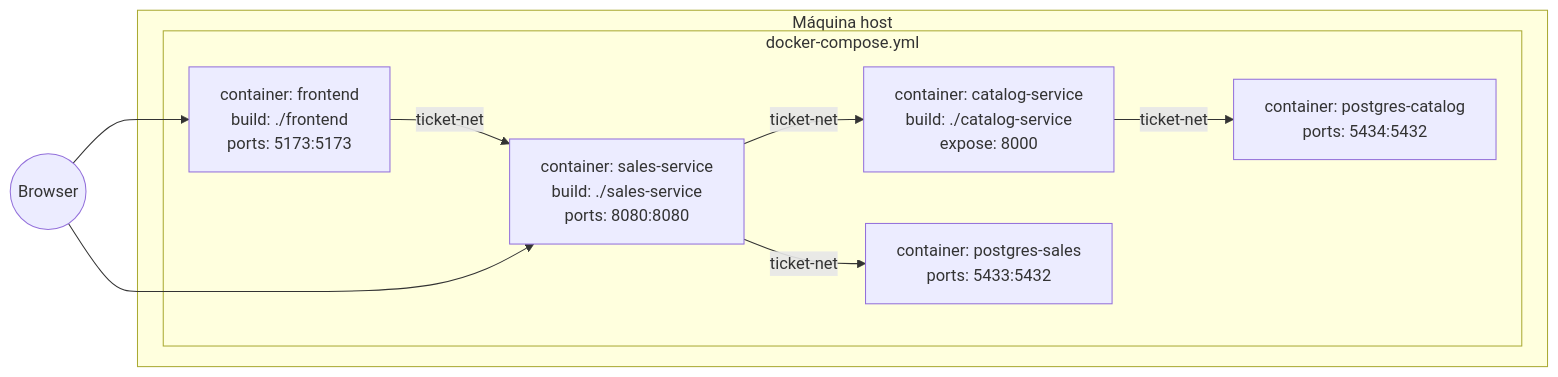
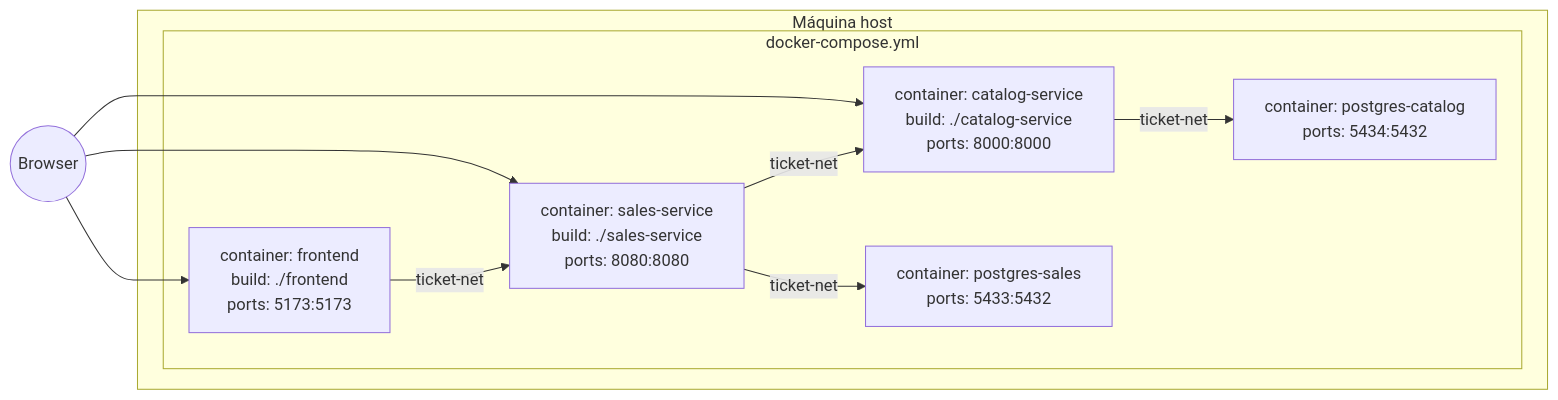
Before and after one commit to andersonlmarchi/arq-tickets: the diagram in docs/diagrams/05-implantacao-docker-compose.md, drawn with Mermaid. The commit also changed 16 other files, not shown here.

````diff
--- a/docs/diagrams/05-implantacao-docker-compose.md
+++ b/docs/diagrams/05-implantacao-docker-compose.md
@@ -3,20 +3,21 @@
 ```mermaid
 flowchart LR
     subgraph Host["Máquina host"]
         subgraph Compose["docker-compose.yml"]
             FE_C[container: frontend<br/>build: ./frontend<br/>ports: 5173:5173]
             VS_C[container: sales-service<br/>build: ./sales-service<br/>ports: 8080:8080]
-            CS_C[container: catalog-service<br/>build: ./catalog-service<br/>expose: 8000]
+            CS_C[container: catalog-service<br/>build: ./catalog-service<br/>ports: 8000:8000]
             PG_S_C[container: postgres-sales<br/>ports: 5433:5432]
             PG_C_C[container: postgres-catalog<br/>ports: 5434:5432]
         end
     end
 
     FE_C -->|ticket-net| VS_C
     VS_C -->|ticket-net| CS_C
     VS_C -->|ticket-net| PG_S_C
     CS_C -->|ticket-net| PG_C_C
 
     Browser((Browser)) --> FE_C
     Browser --> VS_C
+    Browser --> CS_C
 ```
````
